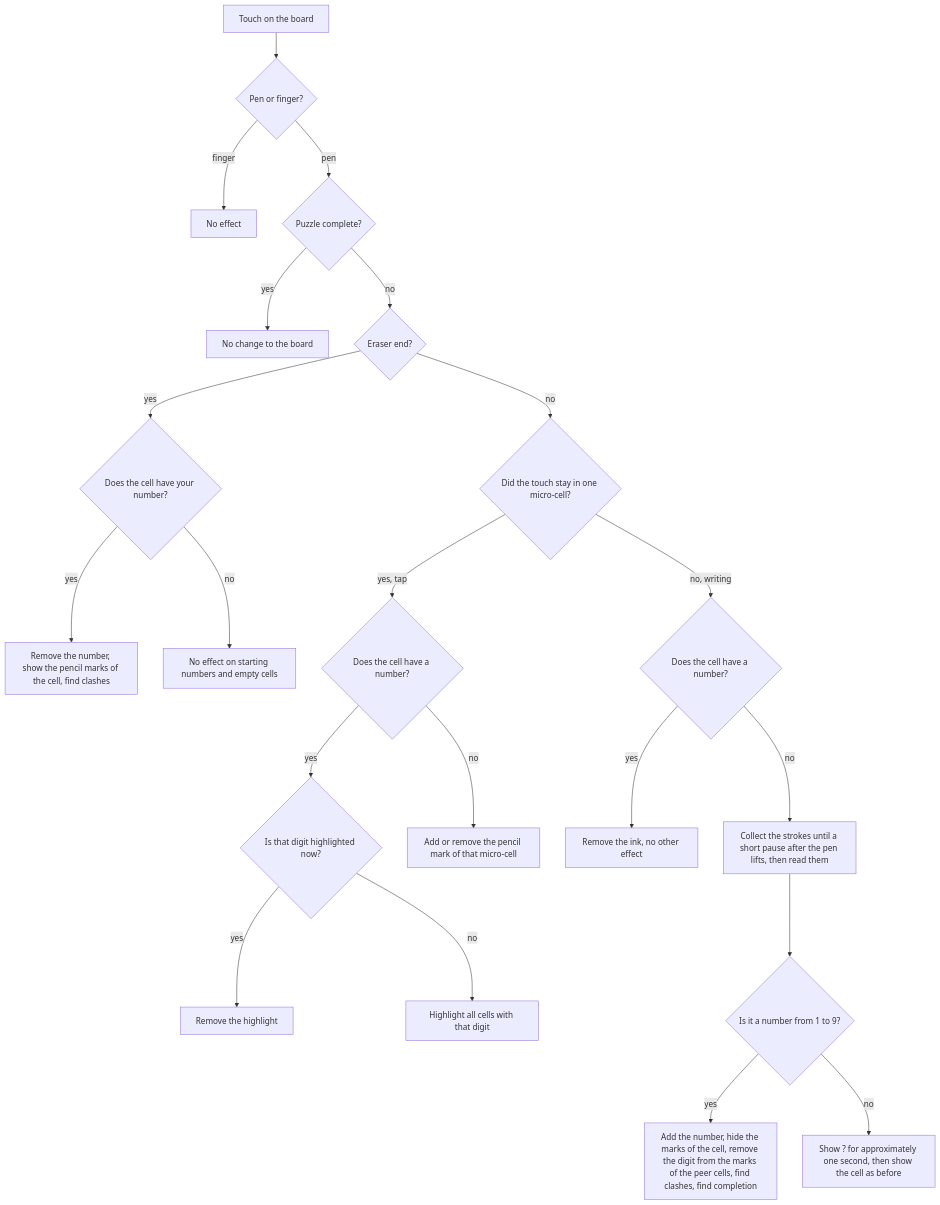
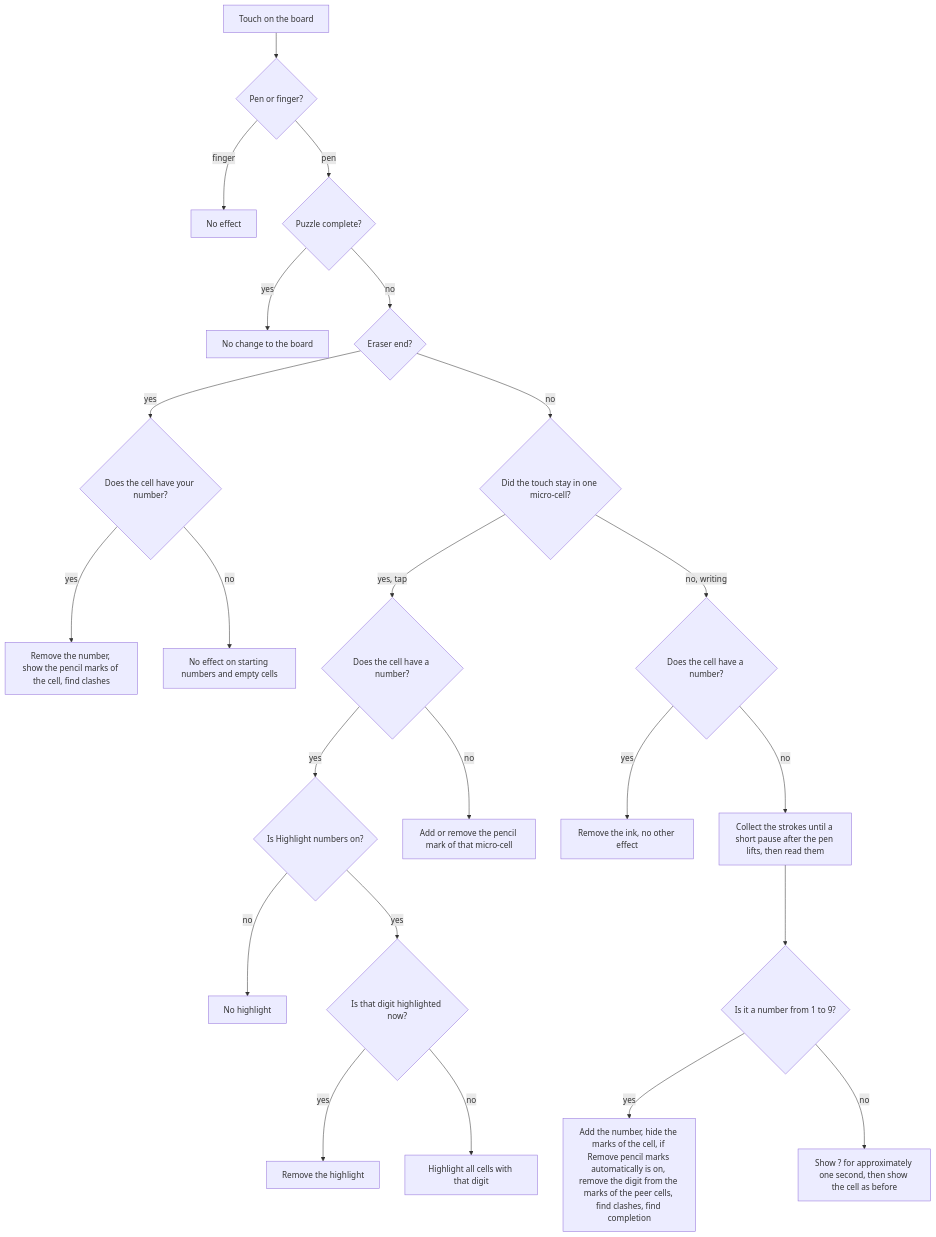
The fourth of 13 diagrams in REQUIREMENTS.md (garbles/sudoku), drawn with Mermaid before and after one commit. The commit also changed other lines of this file and 64 other files, not shown here.

````diff
--- a/REQUIREMENTS.md
+++ b/REQUIREMENTS.md
@@ -245,23 +245,25 @@
 ```mermaid
 flowchart TD
     A[Touch on the board] --> B{Pen or finger?}
     B -- finger --> X[No effect]
     B -- pen --> C{Puzzle complete?}
     C -- yes --> X2[No change to the board]
     C -- no --> D{Eraser end?}
     D -- yes --> E{Does the cell have your number?}
     E -- yes --> E1[Remove the number, show the pencil marks of the cell, find clashes]
     E -- no --> X3[No effect on starting numbers and empty cells]
     D -- no --> F{Did the touch stay in one micro-cell?}
     F -- yes, tap --> G{Does the cell have a number?}
-    G -- yes --> G0{Is that digit highlighted now?}
+    G -- yes --> GS{Is Highlight numbers on?}
+    GS -- no --> X5[No highlight]
+    GS -- yes --> G0{Is that digit highlighted now?}
     G0 -- yes --> G3[Remove the highlight]
     G0 -- no --> G1[Highlight all cells with that digit]
     G -- no --> G2[Add or remove the pencil mark of that micro-cell]
     F -- no, writing --> H{Does the cell have a number?}
     H -- yes --> X4[Remove the ink, no other effect]
     H -- no --> I[Collect the strokes until a short pause after the pen lifts, then read them]
     I --> J{Is it a number from 1 to 9?}
-    J -- yes --> K[Add the number, hide the marks of the cell, remove the digit from the marks of the peer cells, find clashes, find completion]
+    J -- yes --> K[Add the number, hide the marks of the cell, if Remove pencil marks automatically is on, remove the digit from the marks of the peer cells, find clashes, find completion]
     J -- no --> L[Show ? for approximately one second, then show the cell as before]
 ```
````
